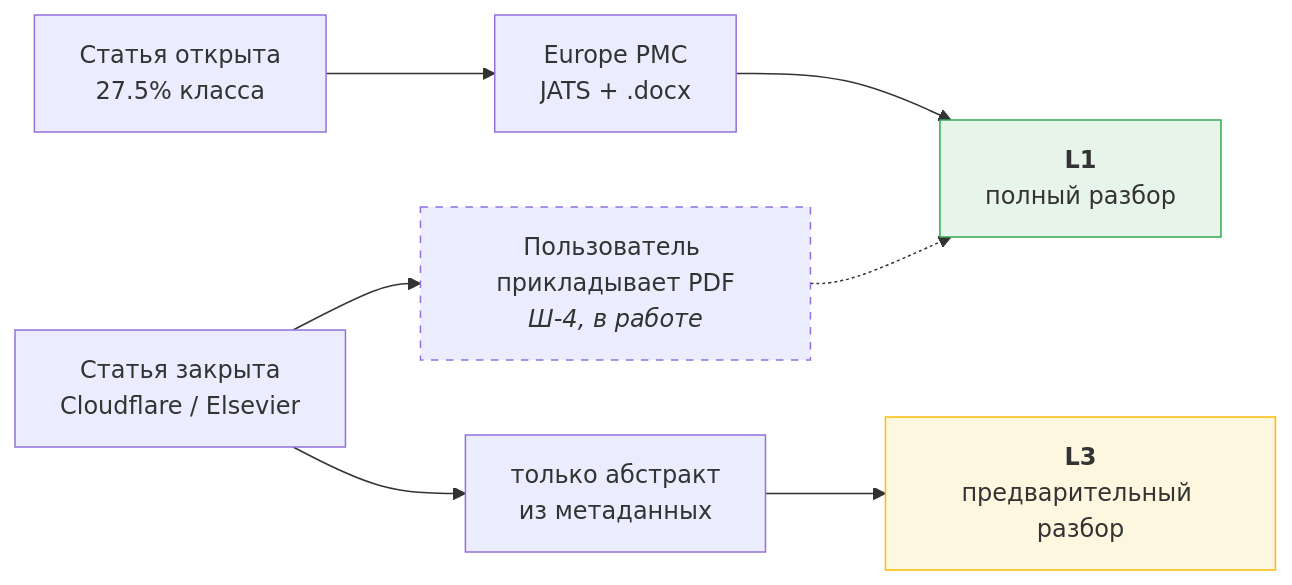
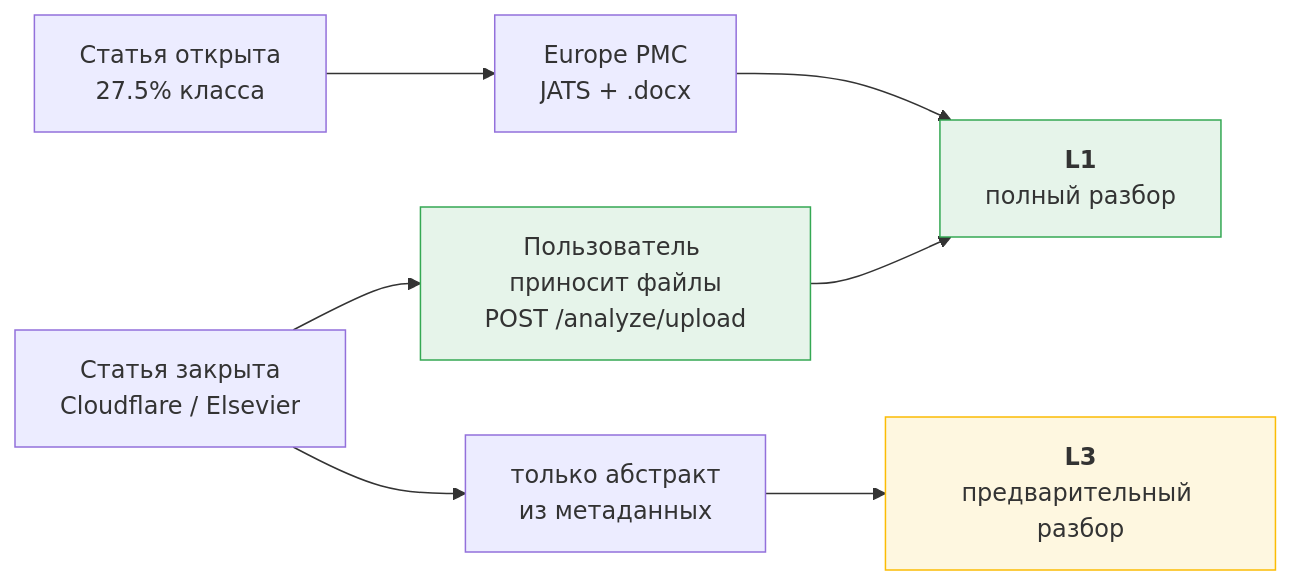
The second of 2 diagrams in docs/07-architecture.md (gagarinyury/i-am-truth), drawn with Mermaid before and after one commit. The commit also changed other lines of this file and 12 other files, not shown here.

````diff
--- a/docs/07-architecture.md
+++ b/docs/07-architecture.md
@@ -123,10 +125,10 @@
 ```mermaid
 flowchart LR
     A["Статья открыта<br/>27.5% класса"] --> A1["Europe PMC<br/>JATS + .docx"] --> A2["<b>L1</b><br/>полный разбор"]
     B["Статья закрыта<br/>Cloudflare / Elsevier"] --> B1["только абстракт<br/>из метаданных"] --> B2["<b>L3</b><br/>предварительный разбор"]
-    B --> B3["Пользователь прикладывает PDF<br/><i>Ш-4, в работе</i>"] -.-> A2
+    B --> B3["Пользователь приносит файлы<br/>POST /analyze/upload"] --> A2
 
     style A2 fill:#e6f4ea,stroke:#34a853
     style B2 fill:#fef7e0,stroke:#fbbc04
-    style B3 stroke-dasharray: 5 5
+    style B3 fill:#e6f4ea,stroke:#34a853
 ```
````
